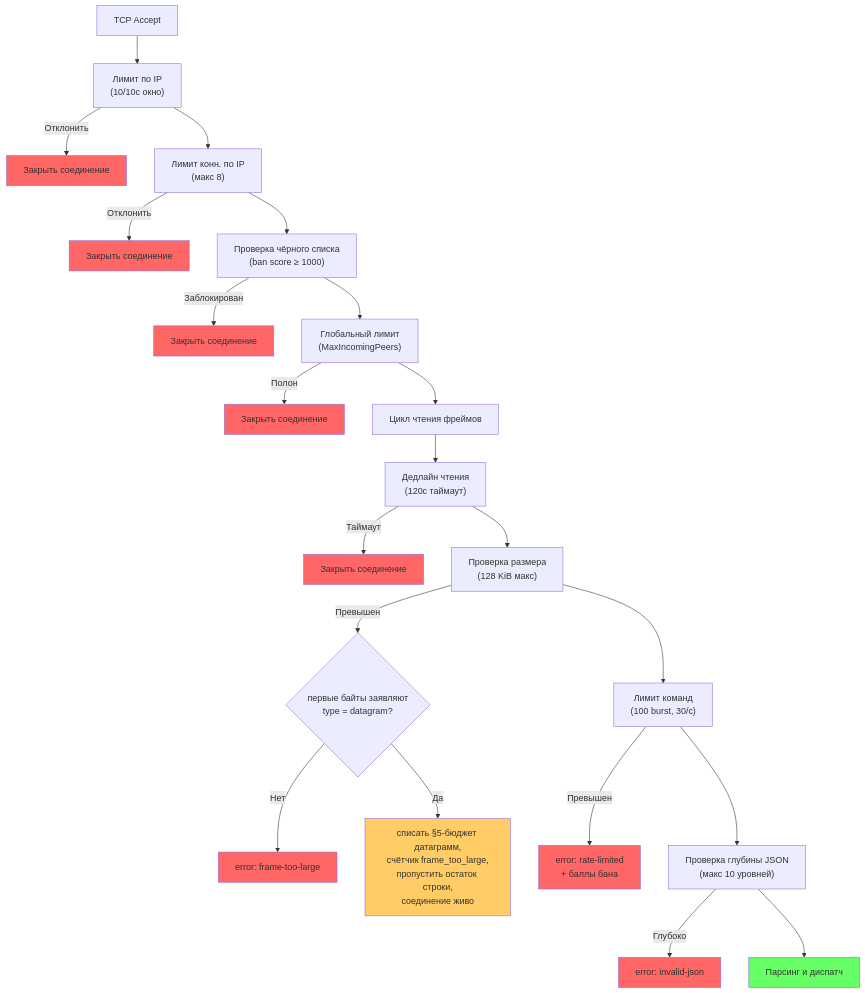
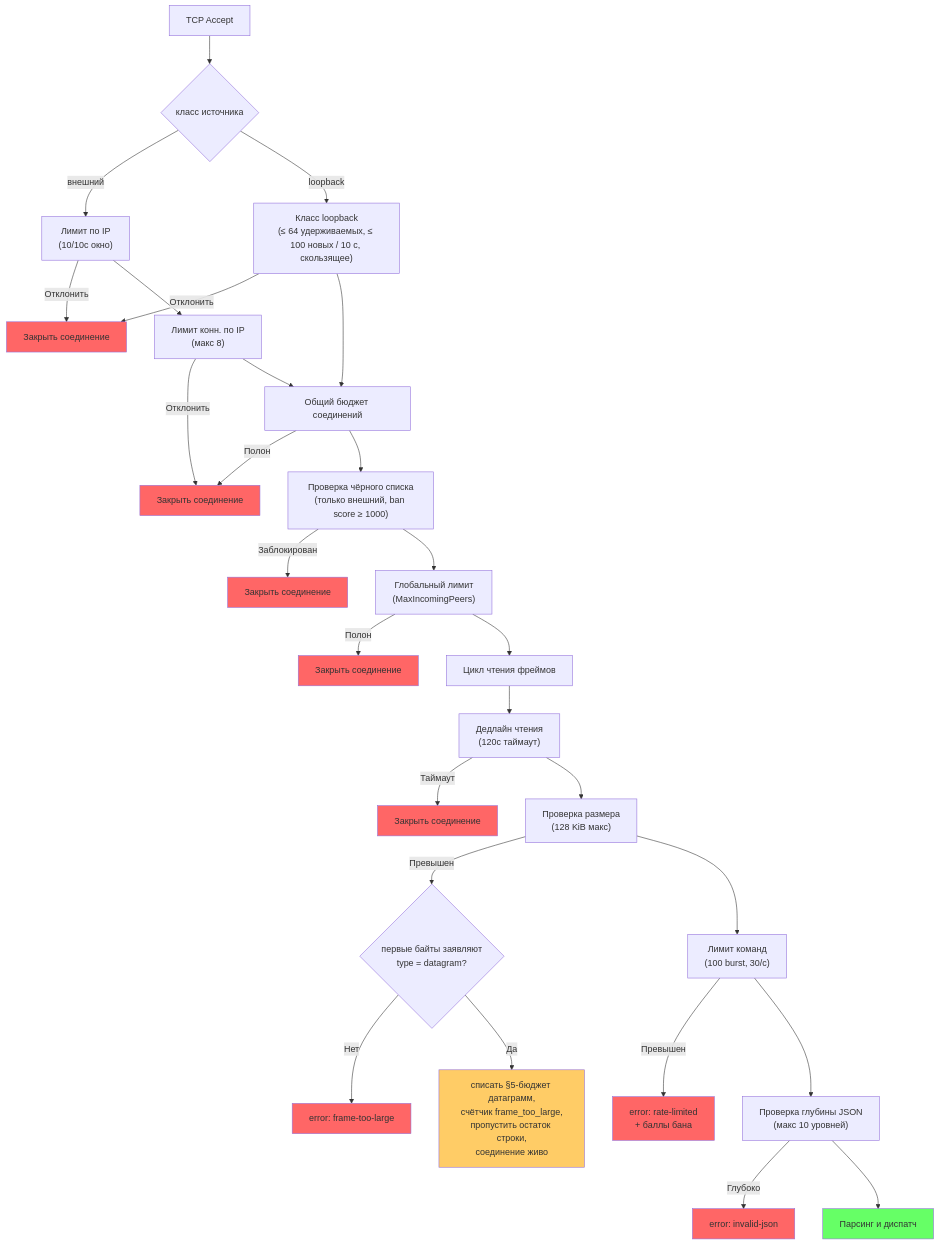
One commit to piratecash/corsa changed the third of 4 diagrams in docs/protocol/network_security.md. Above: the diagram before and after it, drawn with Mermaid. The commit also changed other lines of this file and 180 other files, not shown here.

````diff
--- a/docs/protocol/network_security.md
+++ b/docs/protocol/network_security.md
@@ -700,34 +790,40 @@
 ```mermaid
 graph TB
-    TCP["TCP Accept"] --> ConnRate["Лимит по IP<br/>(10/10с окно)"]
+    TCP["TCP Accept"] --> Class{"класс источника"}
+    Class -->|внешний| ConnRate["Лимит по IP<br/>(10/10с окно)"]
+    Class -->|loopback| LoopClass["Класс loopback<br/>(≤ 64 удерживаемых, ≤ 100 новых / 10 с, скользящее)"]
+    LoopClass -->|Отклонить| Drop1
+    LoopClass --> Budget
     ConnRate -->|Отклонить| Drop1["Закрыть соединение"]
     ConnRate --> IPCap["Лимит конн. по IP<br/>(макс 8)"]
     IPCap -->|Отклонить| Drop2["Закрыть соединение"]
-    IPCap --> Blacklist["Проверка чёрного списка<br/>(ban score ≥ 1000)"]
+    IPCap --> Budget["Общий бюджет соединений"]
+    Budget -->|Полон| Drop2
+    Budget --> Blacklist["Проверка чёрного списка<br/>(только внешний, ban score ≥ 1000)"]
     Blacklist -->|Заблокирован| Drop3["Закрыть соединение"]
     Blacklist --> GlobalCap["Глобальный лимит<br/>(MaxIncomingPeers)"]
     GlobalCap -->|Полон| Drop4["Закрыть соединение"]
     GlobalCap --> ReadLoop["Цикл чтения фреймов"]
     ReadLoop --> Deadline["Дедлайн чтения<br/>(120с таймаут)"]
     Deadline -->|Таймаут| Drop5["Закрыть соединение"]
     Deadline --> SizeLimit["Проверка размера<br/>(128 KiB макс)"]
     SizeLimit -->|Превышен| Claim{"первые байты заявляют<br/>type = datagram?"}
     Claim -->|Нет| Drop6["error: frame-too-large"]
     Claim -->|Да| DgDrop["списать §5-бюджет датаграмм,<br/>счётчик frame_too_large,<br/>пропустить остаток строки,<br/>соединение живо"]
     SizeLimit --> CmdRate["Лимит команд<br/>(100 burst, 30/с)"]
     CmdRate -->|Превышен| Drop7["error: rate-limited<br/>+ баллы бана"]
     CmdRate --> JSONDepth["Проверка глубины JSON<br/>(макс 10 уровней)"]
     JSONDepth -->|Глубоко| Drop8["error: invalid-json"]
     JSONDepth --> Parse["Парсинг и диспатч"]
 
     style Drop1 fill:#ff6666
     style Drop2 fill:#ff6666
     style Drop3 fill:#ff6666
     style Drop4 fill:#ff6666
     style Drop5 fill:#ff6666
     style Drop6 fill:#ff6666
     style Drop7 fill:#ff6666
     style Drop8 fill:#ff6666
     style DgDrop fill:#ffcc66
     style Parse fill:#66ff66
 ```
````
